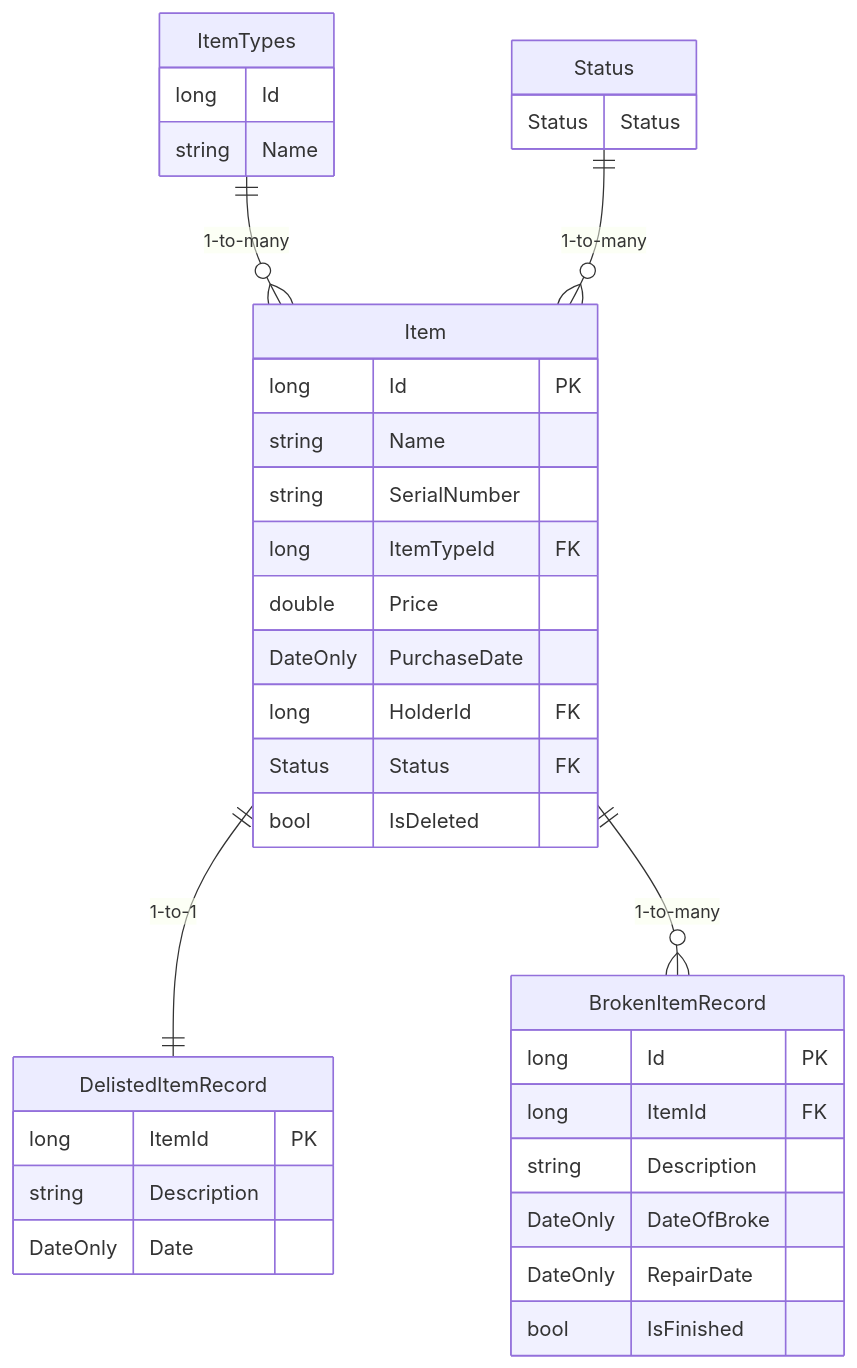
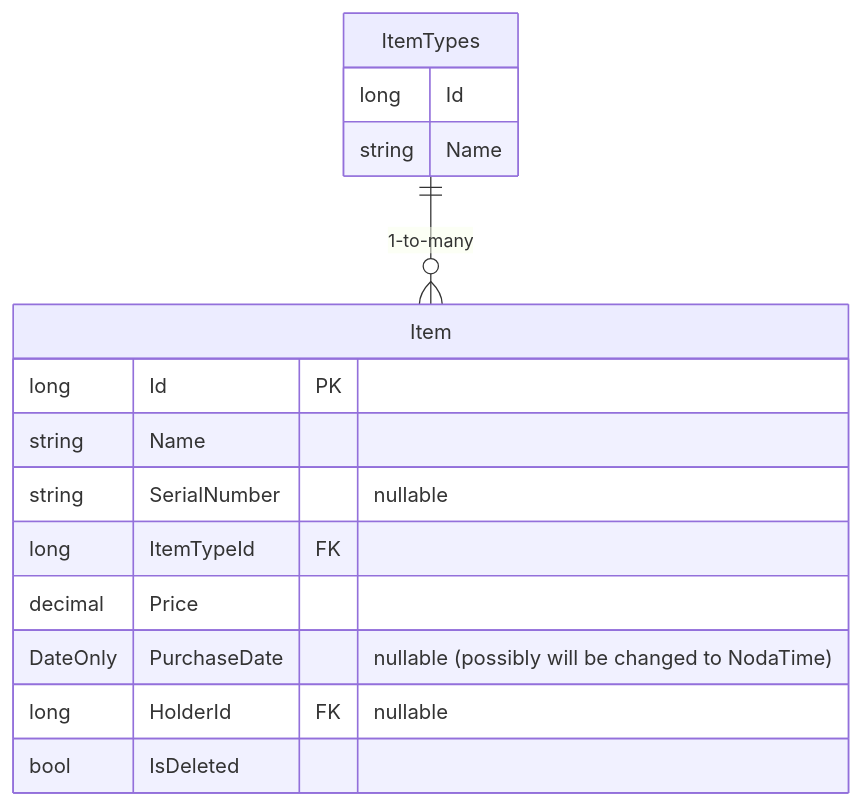
One commit to TourmalineCore/inner-circle-items-api changed the diagram in README.md. Above: the diagram before and after it, drawn with Mermaid.

Commit message:
chore: change database schema according to contract v1

````diff
--- a/README.md
+++ b/README.md
@@ -44,39 +44,19 @@
 ```mermaid
 erDiagram
     ItemTypes ||--o{ Item : "1-to-many"
-    Status ||--o{ Item : "1-to-many"
-    Item ||--|| DelistedItemRecord : "1-to-1"
-    Item ||--o{ BrokenItemRecord : "1-to-many"
     
     Item {
         long Id PK
         string Name
-        string SerialNumber
+        string SerialNumber "nullable"
         long ItemTypeId FK
-        double Price
-        DateOnly PurchaseDate
-        long HolderId FK
-        Status Status FK
+        decimal Price
+        DateOnly PurchaseDate "nullable (possibly will be changed to NodaTime)"
+        long HolderId FK "nullable"
         bool IsDeleted
     }
     ItemTypes {
         long Id
         string Name
     }
-    BrokenItemRecord {
-        long Id PK
-        long ItemId FK
-        string Description
-        DateOnly DateOfBroke
-        DateOnly RepairDate
-        bool IsFinished
-    }
-    DelistedItemRecord {
-        long ItemId PK
-        string Description
-        DateOnly Date
-    }
-    Status {
-        Status Status
-    }
 ```
````
